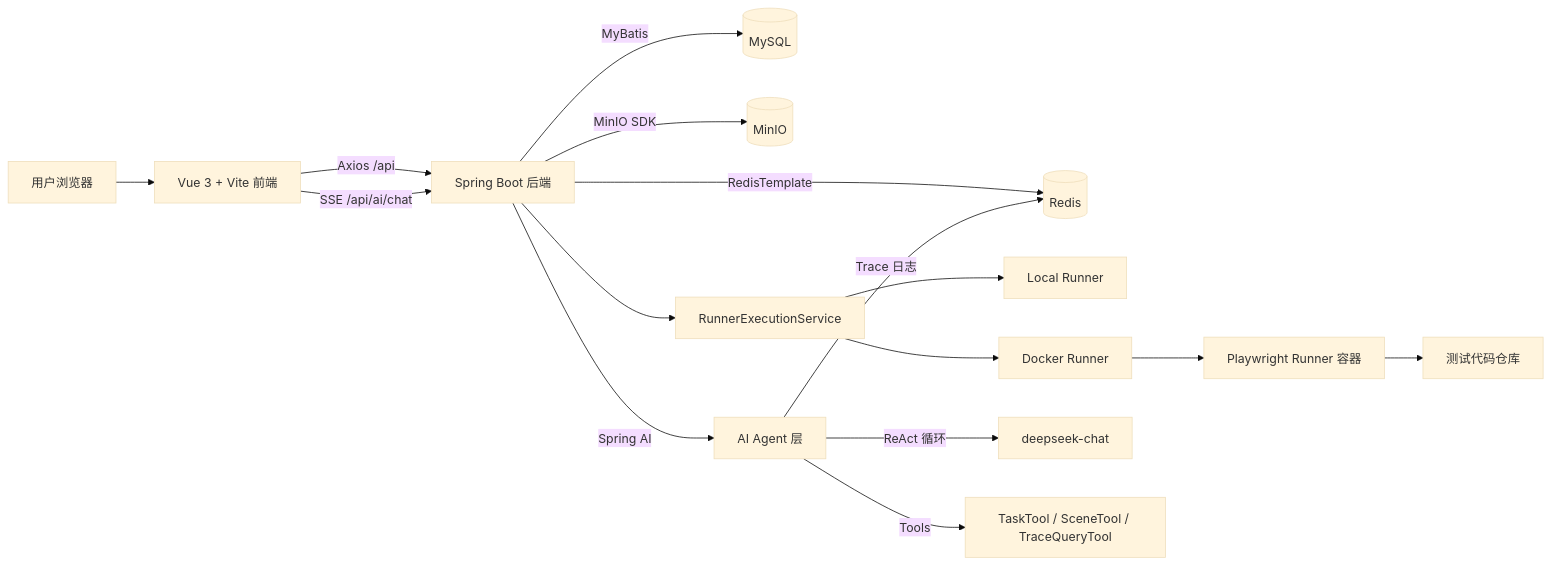
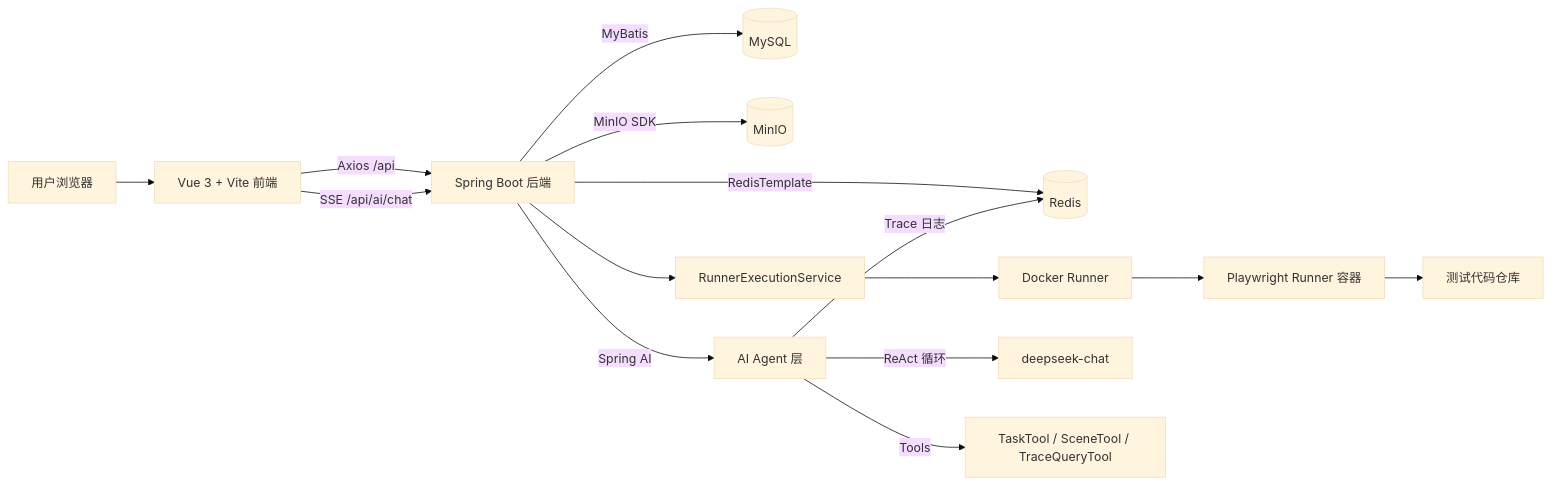
Before and after one commit to MenXiaoHuan/testplatform: the second of 10 diagrams in docs/guide.md, drawn with Mermaid (base theme). The commit also changed other lines of this file and 109 other files, not shown here.

````diff
--- a/docs/guide.md
+++ b/docs/guide.md
@@ -68,18 +68,17 @@
 ```mermaid
 flowchart LR
     User[用户浏览器] --> Web[Vue 3 + Vite 前端]
     Web -->|Axios /api| Server[Spring Boot 后端]
     Web -->|SSE /api/ai/chat| Server
     Server -->|MyBatis| MySQL[(MySQL)]
     Server -->|RedisTemplate| Redis[(Redis)]
     Server -->|MinIO SDK| MinIO[(MinIO)]
     Server --> Runner[RunnerExecutionService]
-    Runner --> Local[Local Runner]
     Runner --> Docker[Docker Runner]
     Docker --> PW[Playwright Runner 容器]
     PW --> Repo[测试代码仓库]
     Server -->|Spring AI| Agent[AI Agent 层]
     Agent -->|ReAct 循环| LLM[deepseek-chat]
     Agent -->|Tools| Tools[TaskTool / SceneTool / TraceQueryTool]
     Agent -->|Trace 日志| Redis
 ```
````
